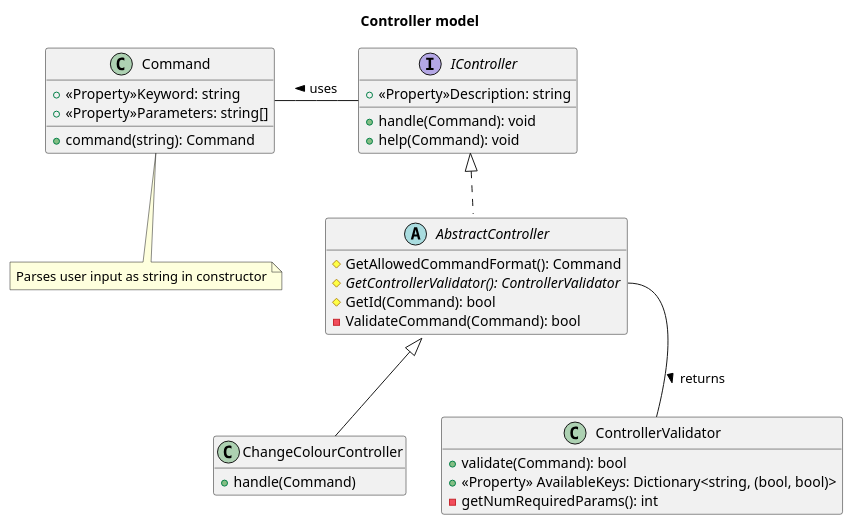
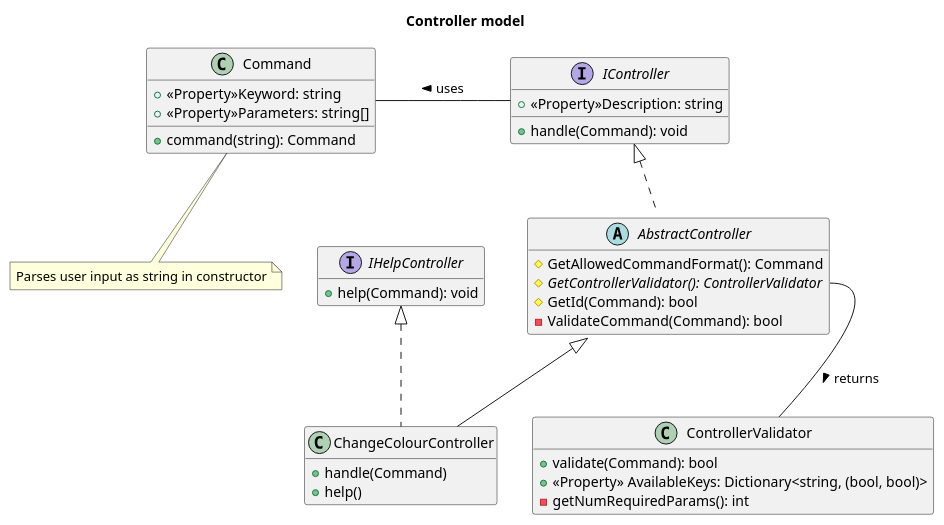
The diagram in UML diagrams/ControllerModel.puml (Kohort13/PG3302-Eksamen), drawn with PlantUML before and after one commit. The commit also changed 16 other files, not shown here.

```diff
--- a/UML diagrams/ControllerModel.puml
+++ b/UML diagrams/ControllerModel.puml
@@ -1,37 +1,42 @@
 @startuml ControllerModel
     title Controller model
     hide empty members
     class Command{
         + <<Property>>Keyword: string
         + <<Property>>Parameters: string[]
         + command(string): Command
     }
     note bottom: Parses user input as string in constructor
 
     interface IController{
         + handle(Command): void
+        + <<Property>>Description: string
+    }
+    interface IHelpController{
         + help(Command): void
-        + <<Property>>Description: string
     }
 
     abstract class AbstractController implements IController{
         # GetAllowedCommandFormat(): Command
         # {abstract} GetControllerValidator(): ControllerValidator
         # GetId(Command): bool
         - ValidateCommand(Command): bool        
     }
 
     IController -left- Command: uses >
 
     class ChangeColourController extends AbstractController{
         + handle(Command)
+        + help()
     }
+    IHelpController <|.. ChangeColourController
+
 
     class ControllerValidator{
         + validate(Command): bool
         + <<Property>> AvailableKeys: Dictionary<string, (bool, bool)>
         - getNumRequiredParams(): int
     }
     AbstractController::GetControllerValidator -- ControllerValidator: > returns
     
 @enduml
```
